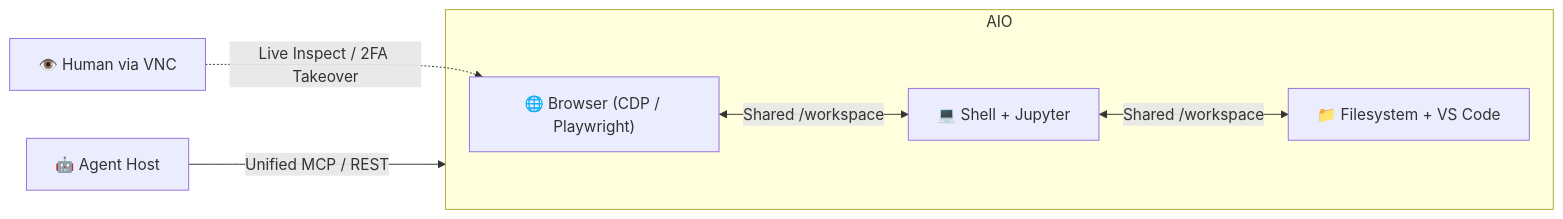
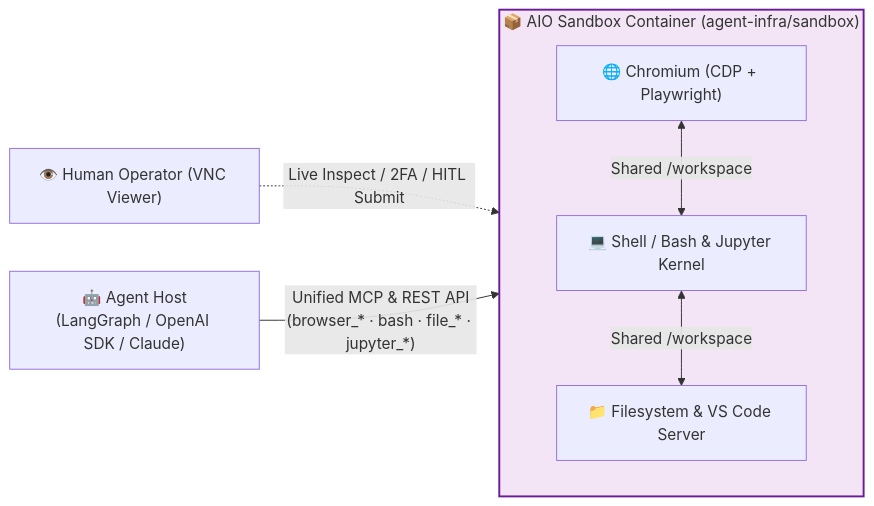
One commit to Amie-dev/FDE-and-GenAI-Mastery changed the diagram in Lecture 38 - AI Agent Sandboxes All-in-One/notes/06_AIO_Multimodal_Sandboxes_Browser_Shell_MCP.md. Above: the diagram before and after it, drawn with Mermaid. The commit also changed other lines of this file and 7 other files, not shown here.

Commit message:
docs: update Lecture 38 notes with comprehensive agent sandbox architecture details

````diff
--- a/Lecture 38 - AI Agent Sandboxes All-in-One/notes/06_AIO_Multimodal_Sandboxes_Browser_Shell_MCP.md
+++ b/Lecture 38 - AI Agent Sandboxes All-in-One/notes/06_AIO_Multimodal_Sandboxes_Browser_Shell_MCP.md
@@ -14,9 +29,14 @@
 ```mermaid
 flowchart LR
-    Agent["🤖 Agent Host"] -->|"Unified MCP / REST"| AIO["📦 AIO Sandbox (agent-infra/sandbox)"]
-    subgraph AIO
-        BR["🌐 Browser (CDP / Playwright)"] <-->|"Shared /workspace"| SH["💻 Shell + Jupyter"]
-        SH <-->|"Shared /workspace"| VS["📁 Filesystem + VS Code"]
+    AGENT["🤖 Agent Host<br/>(LangGraph / OpenAI SDK / Claude)"] -->|"Unified MCP & REST API<br/>(browser_* · bash · file_* · jupyter_*)"| AIO
+
+    subgraph AIO["📦 AIO Sandbox Container (agent-infra/sandbox)"]
+        direction TB
+        BR["🌐 Chromium (CDP + Playwright)"] <-->|"Shared /workspace"| SH["💻 Shell / Bash & Jupyter Kernel"]
+        SH <-->|"Shared /workspace"| FS["📁 Filesystem & VS Code Server"]
     end
-    HITL["👁️ Human via VNC"] -.->|"Live Inspect / 2FA Takeover"| BR
+
+    HUMAN["👁️ Human Operator (VNC Viewer)"] -.->|"Live Inspect / 2FA / HITL Submit"| BR
+
+    style AIO fill:#f3e5f5,stroke:#6a1b9a,stroke-width:2px
 ```
````
